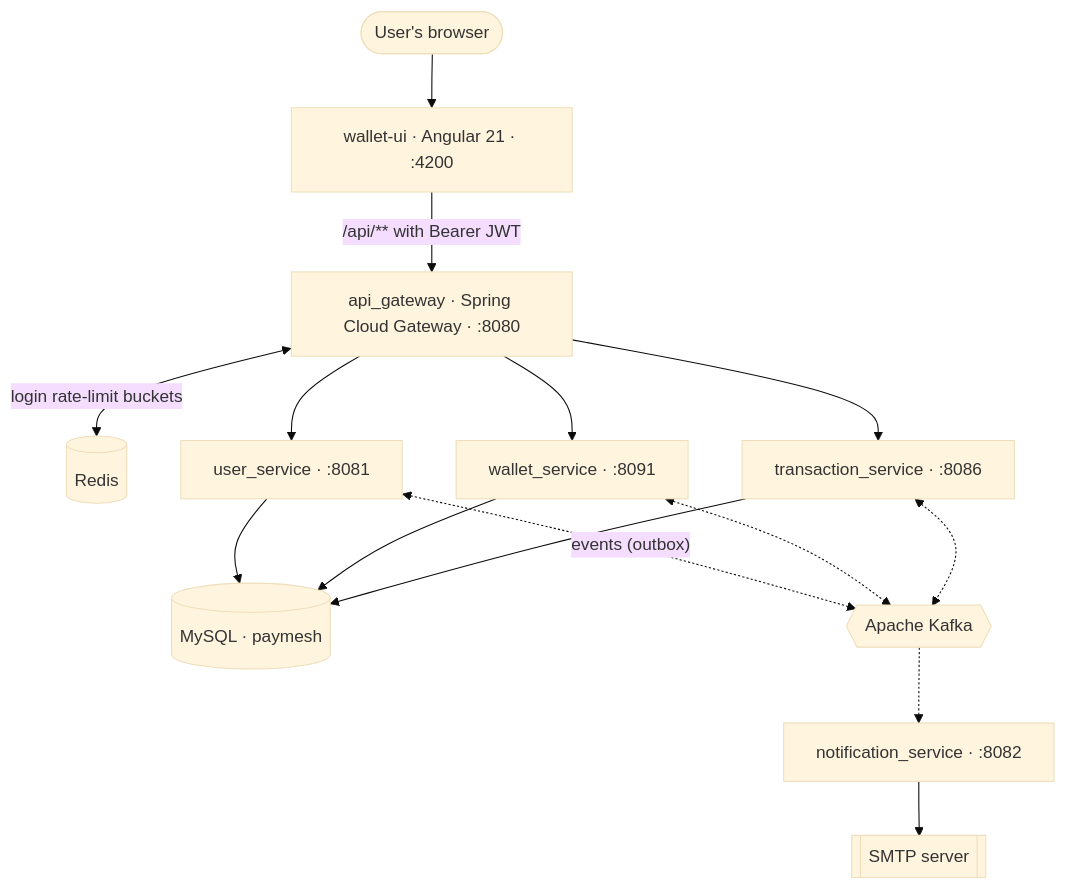
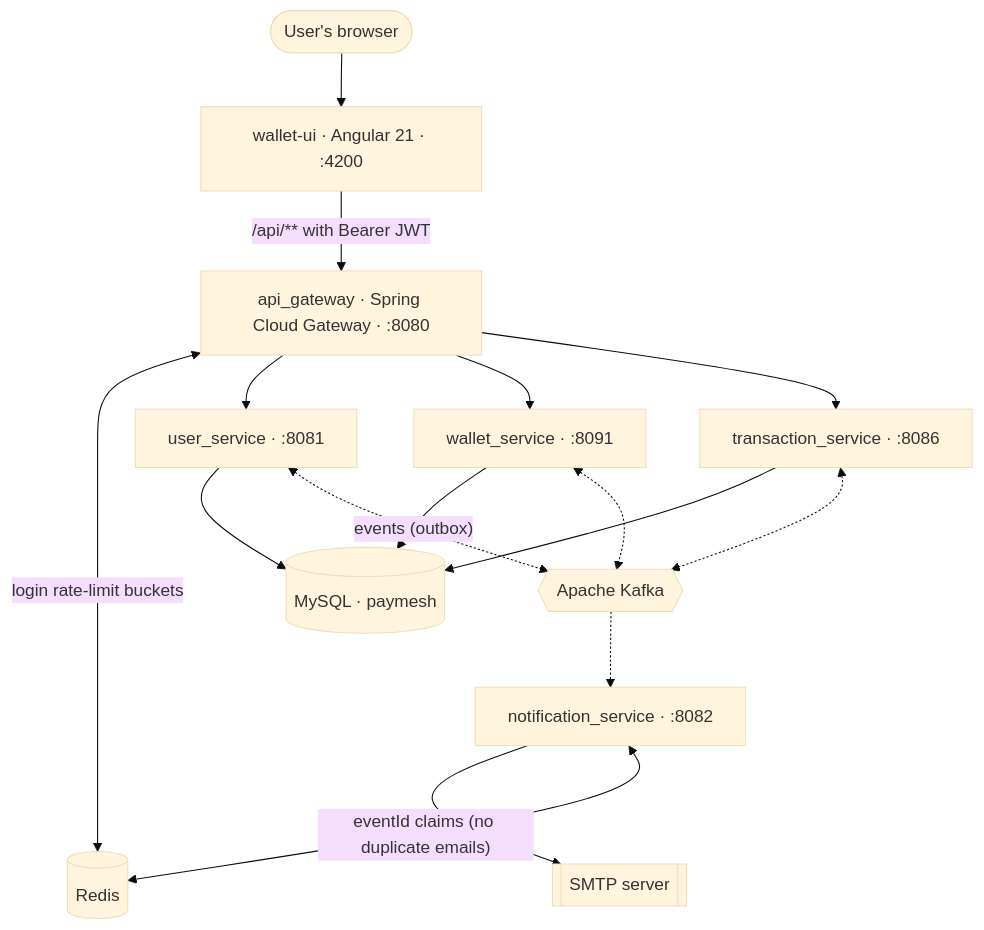
The first of 10 diagrams in README.md (adityachauhan564/PayMesh), drawn with Mermaid (base theme) before and after one commit. The commit also changed other lines of this file, not shown here.

````diff
--- a/README.md
+++ b/README.md
@@ -60,20 +60,21 @@
 ```mermaid
 flowchart TB
     user(["User's browser"]) --> ui["wallet-ui · Angular 21 · :4200"]
     ui -- "/api/** with Bearer JWT" --> gw["api_gateway · Spring Cloud Gateway · :8080"]
     gw <-- "login rate-limit buckets" --> redis[("Redis")]
 
     gw --> us["user_service · :8081"]
     gw --> ws["wallet_service · :8091"]
     gw --> ts["transaction_service · :8086"]
 
     us --> db[("MySQL · paymesh")]
     ws --> db
     ts --> db
 
     us <-. "events (outbox)" .-> kafka{{"Apache Kafka"}}
     ws <-.-> kafka
     ts <-.-> kafka
     kafka -.-> ns["notification_service · :8082"]
     ns --> smtp[["SMTP server"]]
+    ns <-- "eventId claims (no duplicate emails)" --> redis
 ```
````
